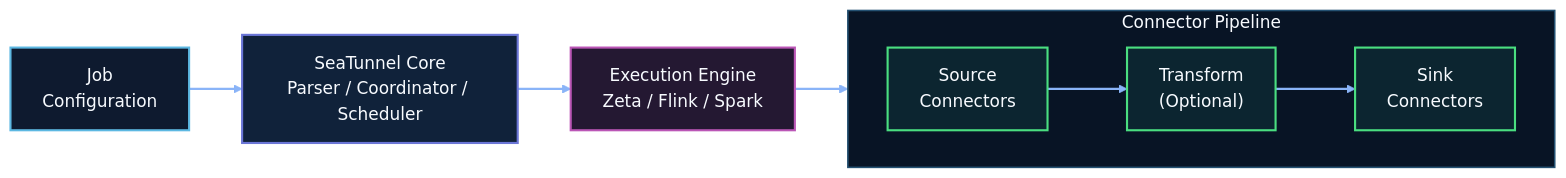
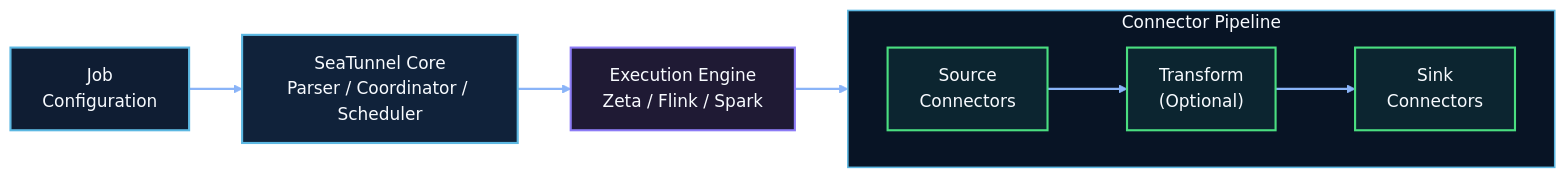
One commit to DanielLeens/seatunnel-website changed the first of 2 diagrams in versioned_docs/version-2.3.13/introduction/architecture.md. Above: the diagram before and after it, drawn with Mermaid. The commit also changed other lines of this file and 1 other file, not shown here.

Commit message:
Limit mermaid diagrams to three accent colors

````diff
--- a/versioned_docs/version-2.3.13/introduction/architecture.md
+++ b/versioned_docs/version-2.3.13/introduction/architecture.md
@@ -11,25 +11,25 @@
 ```mermaid
 flowchart LR
     config["Job<br/>Configuration"]
     core["SeaTunnel Core<br/>Parser / Coordinator / Scheduler"]
     engine["Execution Engine<br/>Zeta / Flink / Spark"]
 
     subgraph pipeline["Connector Pipeline"]
         direction LR
         source["Source<br/>Connectors"] --> transform["Transform<br/>(Optional)"] --> sink["Sink<br/>Connectors"]
     end
 
     config --> core --> engine --> source
 
-    classDef controlNode fill:#0e1a2f,stroke:#5db8e2,stroke-width:2px,color:#f8fbff;
-    classDef coreNode fill:#10223a,stroke:#6b76d6,stroke-width:2px,color:#f8fbff;
+    classDef controlNode fill:#0f1d33,stroke:#5db8e2,stroke-width:2px,color:#f8fbff;
+    classDef coreNode fill:#10223a,stroke:#5db8e2,stroke-width:2px,color:#f8fbff;
     classDef connectorNode fill:#0c2530,stroke:#4ade80,stroke-width:2px,color:#f8fbff;
-    classDef engineNode fill:#241832,stroke:#bb56b6,stroke-width:2px,color:#f8fbff;
+    classDef engineNode fill:#1f1a34,stroke:#8d7cf6,stroke-width:2px,color:#f8fbff;
 
     class config controlNode;
     class core coreNode;
     class engine engineNode;
     class source,transform,sink connectorNode;
-    style pipeline fill:#081425,stroke:#245172,stroke-width:1.5px,color:#f8fbff;
+    style pipeline fill:#081425,stroke:#5db8e2,stroke-width:1.5px,color:#f8fbff;
     linkStyle default stroke:#8ab4f8,stroke-width:2px;
 ```
````
